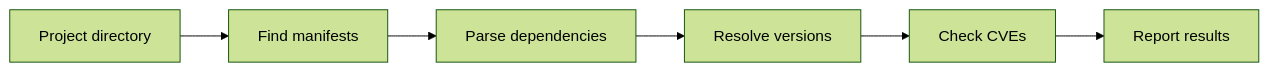
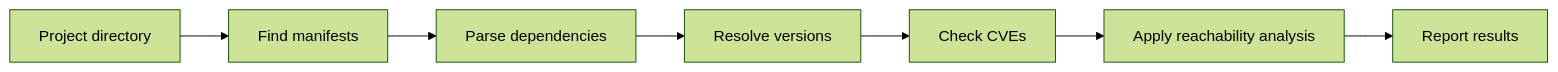
Before and after one commit to verilyze/verilyze: the diagram in architecture/simplified-scan.mmd, drawn with Mermaid (forest theme). The commit also changed 2 other files, not shown here.

Commit message:
fix: include reachability in mermaid diagrams

```diff
--- a/architecture/simplified-scan.mmd
+++ b/architecture/simplified-scan.mmd
@@ -1,6 +1,7 @@
 flowchart LR
     Dir[Project directory] --> Find[Find manifests]
     Find --> Parse[Parse dependencies]
     Parse --> Resolve[Resolve versions]
     Resolve --> CVE[Check CVEs]
-    CVE --> Report[Report results]
+    CVE --> Reachability[Apply reachability analysis]
+    Reachability --> Report[Report results]
```
